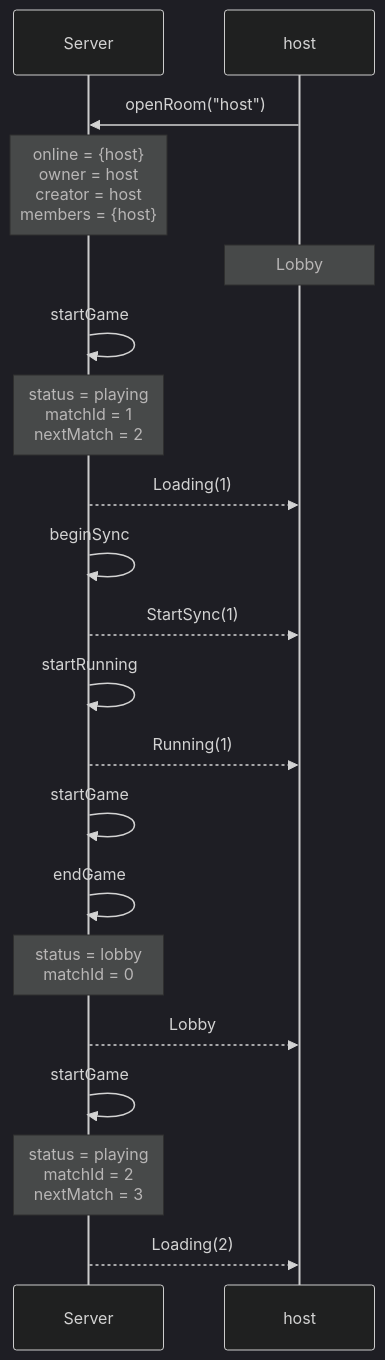
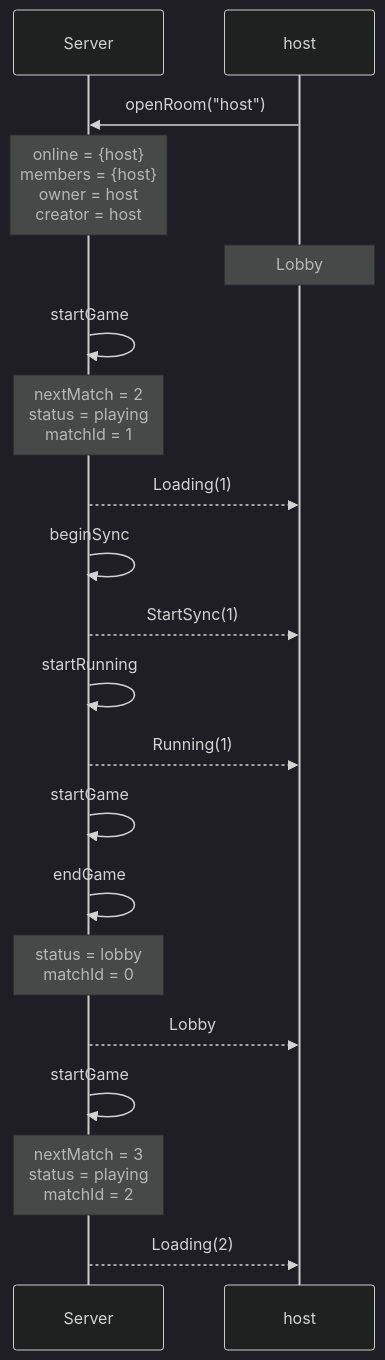
The seventh of 36 diagrams in docs/spec-traces.md (kwilson21/kaillera-next), drawn with Mermaid (dark theme) before and after one commit. The commit also changed other lines of this file and 36 other files, not shown here.

````diff
--- a/docs/spec-traces.md
+++ b/docs/spec-traces.md
@@ -50,22 +112,22 @@
 ```mermaid
 sequenceDiagram
   participant Server
   participant host
   host->>Server: openRoom("host")
-  Note over Server: online = {host}<br/>owner = host<br/>creator = host<br/>members = {host}
+  Note over Server: online = {host}<br/>members = {host}<br/>owner = host<br/>creator = host
   Note over host: Lobby
   Server->>Server: startGame
-  Note over Server: status = playing<br/>matchId = 1<br/>nextMatch = 2
+  Note over Server: nextMatch = 2<br/>status = playing<br/>matchId = 1
   Server-->>host: Loading(1)
   Server->>Server: beginSync
   Server-->>host: StartSync(1)
   Server->>Server: startRunning
   Server-->>host: Running(1)
   Server->>Server: startGame
   Server->>Server: endGame
   Note over Server: status = lobby<br/>matchId = 0
   Server-->>host: Lobby
   Server->>Server: startGame
-  Note over Server: status = playing<br/>matchId = 2<br/>nextMatch = 3
+  Note over Server: nextMatch = 3<br/>status = playing<br/>matchId = 2
   Server-->>host: Loading(2)
 ```
````
